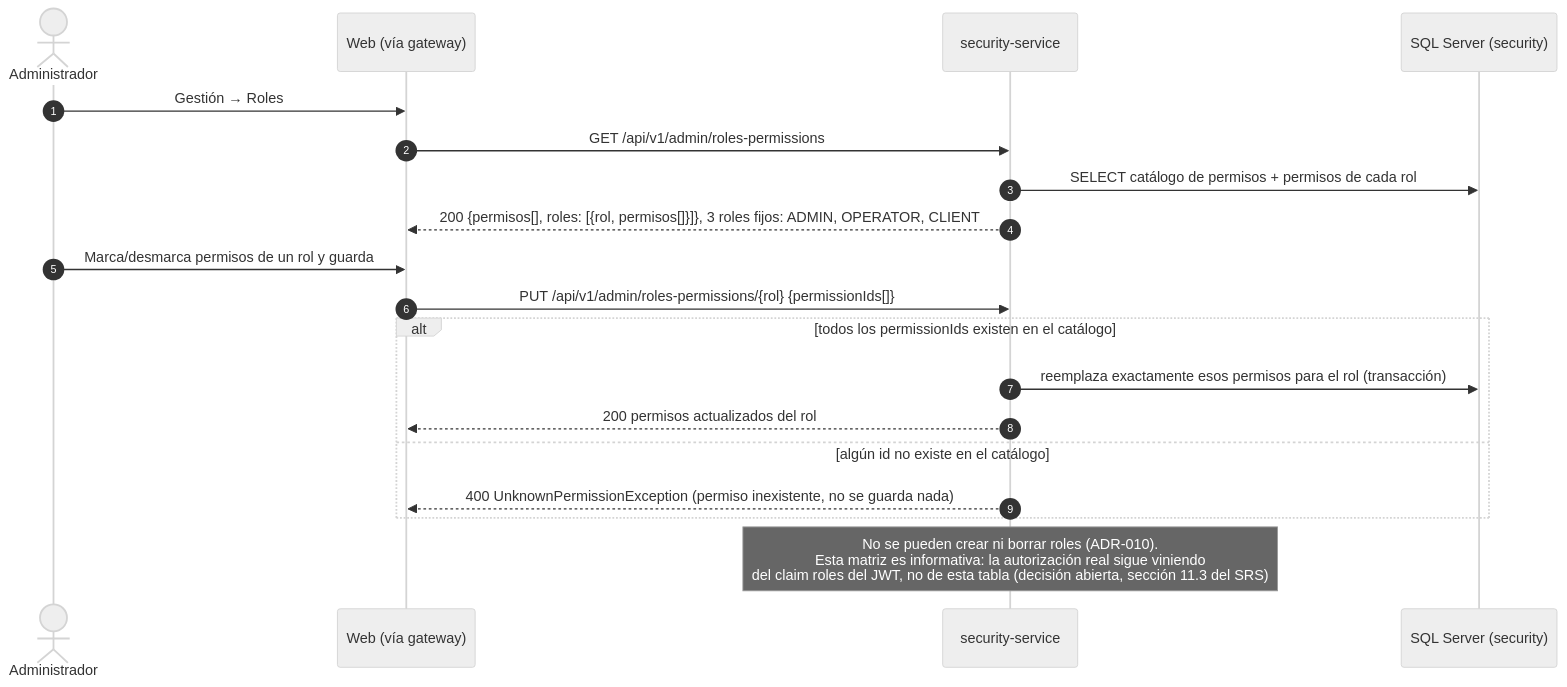
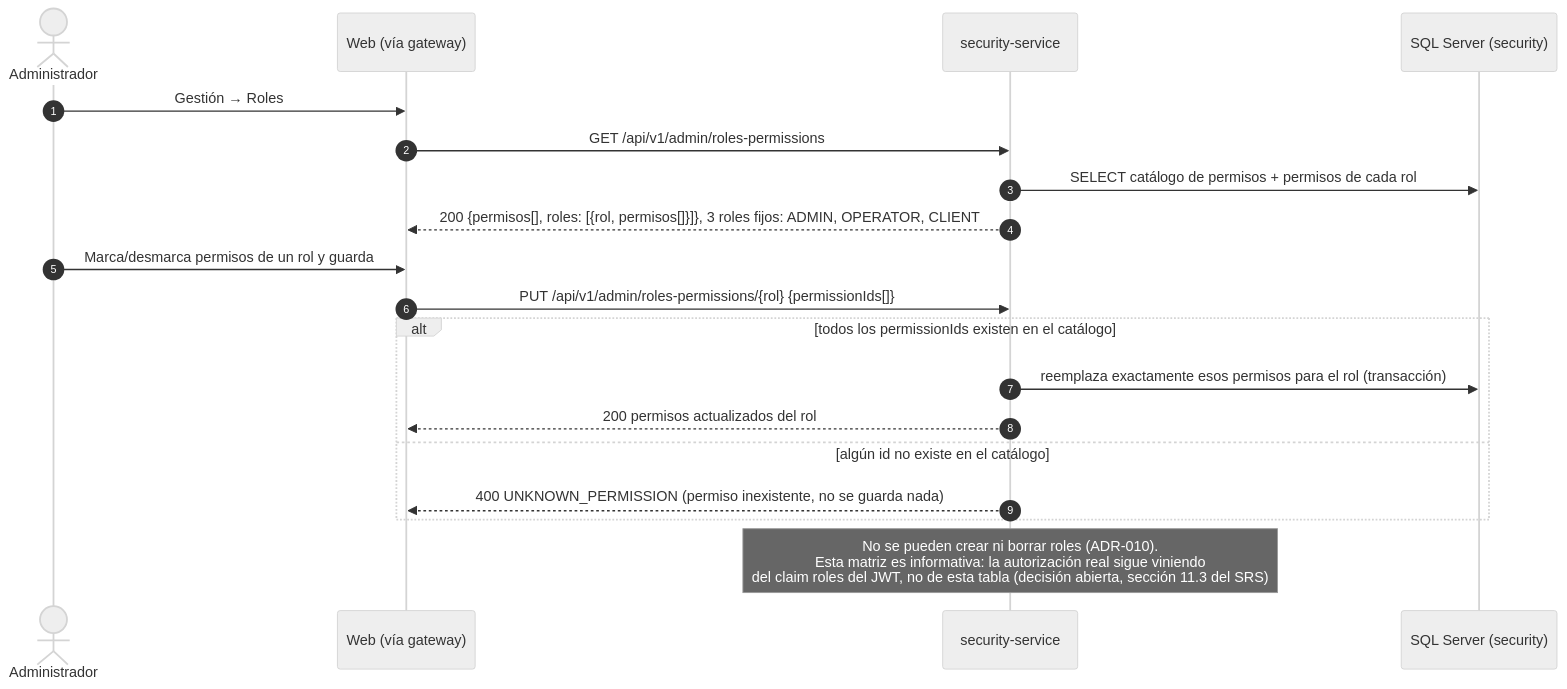
Diagram 11 of 26 in 02_DOCUMENTACION_DE_ANALISIS_DEL_SOFTWARE/ES/MD/documentacion-de-analisis-del-software.md (BrayanCABRERA123/lavarapido-docs), drawn with Mermaid (neutral theme) before and after one commit. The commit also changed other lines of this file and 7 other files, not shown here.

Commit message:
docs(analysis): correct sequences and states against the code and redraw the diagrams (2.3)

````diff
--- a/02_DOCUMENTACION_DE_ANALISIS_DEL_SOFTWARE/ES/MD/documentacion-de-analisis-del-software.md
+++ b/02_DOCUMENTACION_DE_ANALISIS_DEL_SOFTWARE/ES/MD/documentacion-de-analisis-del-software.md
@@ -475,22 +485,22 @@
 ```mermaid
 sequenceDiagram
     autonumber
     actor A as Administrador
     participant W as Web (vía gateway)
     participant S as security-service
     participant DB as SQL Server (security)
 
     A->>W: Gestión → Roles
     W->>S: GET /api/v1/admin/roles-permissions
     S->>DB: SELECT catálogo de permisos + permisos de cada rol
     S-->>W: 200 {permisos[], roles: [{rol, permisos[]}]}, 3 roles fijos: ADMIN, OPERATOR, CLIENT
     A->>W: Marca/desmarca permisos de un rol y guarda
     W->>S: PUT /api/v1/admin/roles-permissions/{rol} {permissionIds[]}
     alt todos los permissionIds existen en el catálogo
         S->>DB: reemplaza exactamente esos permisos para el rol (transacción)
         S-->>W: 200 permisos actualizados del rol
     else algún id no existe en el catálogo
-        S-->>W: 400 UnknownPermissionException (permiso inexistente, no se guarda nada)
+        S-->>W: 400 UNKNOWN_PERMISSION (permiso inexistente, no se guarda nada)
     end
     Note over S: No se pueden crear ni borrar roles (ADR-010).<br/>Esta matriz es informativa: la autorización real sigue viniendo<br/>del claim roles del JWT, no de esta tabla (decisión abierta, sección 11.3 del SRS)
 ```
````
